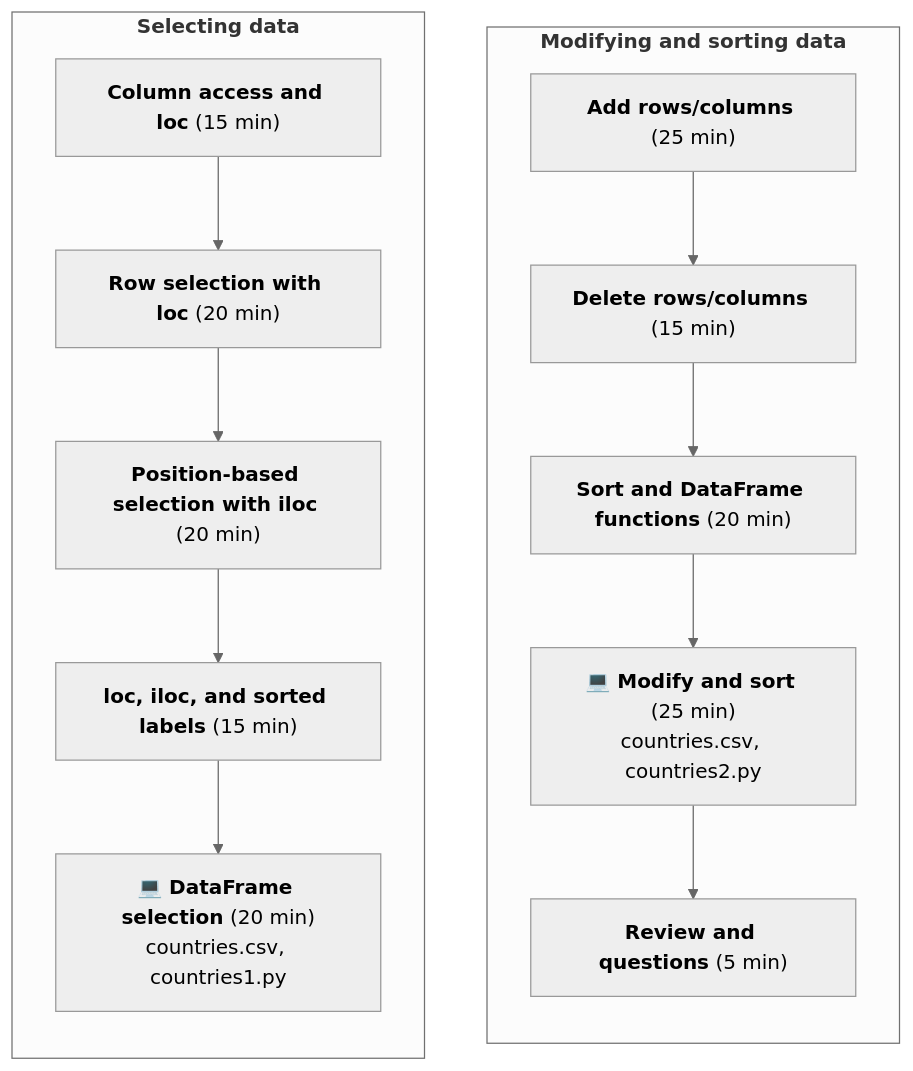
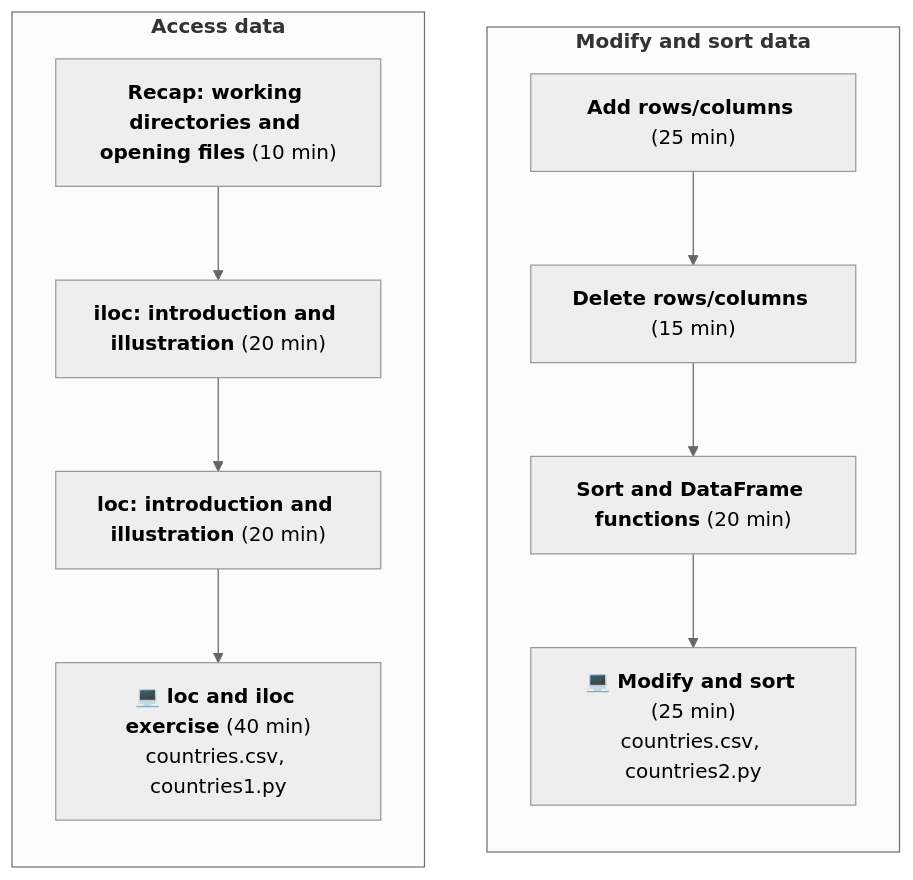
Before and after one commit to fs-ise/introduction-to-programming: the diagram in notes/session_05.qmd, drawn with Mermaid (neutral theme). The commit also changed other lines of this file and 3 other files, not shown here.

````diff
--- a/notes/session_05.qmd
+++ b/notes/session_05.qmd
@@ -7,28 +12,26 @@
 ```{mermaid}
 %%| fig-width: 5
 
 flowchart
 
-  subgraph RIGHT["<b>Modifying and sorting data</b>"]
+  subgraph RIGHT["<b>Modify and sort data</b>"]
     direction TB
     B1["<b>Add rows/columns</b> (25 min)"]
     B2["<b>Delete rows/columns</b> (15 min)"]
     B3["<b>Sort and DataFrame functions</b> (20 min)"]
     B4["<b>💻 Modify and sort</b> (25 min)<br/>countries.csv, countries2.py"]
-    B5["<b>Review and questions</b> (5 min)"]
 
-    B1 --> B2 --> B3 --> B4 --> B5
+    B1 --> B2 --> B3 --> B4
   end
 
-  subgraph LEFT["<b>Selecting data</b>"]
+  subgraph LEFT["<b>Access data</b>"]
     direction TB
-    A1["<b>Column access and loc</b> (15 min)"]
-    A2["<b>Row selection with loc</b> (20 min)"]
-    A3["<b>Position-based selection with iloc</b> (20 min)"]
-    A4["<b>loc, iloc, and sorted labels</b> (15 min)"]
-    A5["<b>💻 DataFrame selection</b> (20 min)<br/>countries.csv, countries1.py"]
+    A1["<b>Recap: working directories and opening files</b> (10 min)"]
+    A2["<b>iloc: introduction and illustration</b> (20 min)"]
+    A3["<b>loc: introduction and illustration</b> (20 min)"]
+    A4["<b>💻 loc and iloc exercise</b> (40 min)<br/>countries.csv, countries1.py"]
 
-    A1 --> A2 --> A3 --> A4 --> A5
+    A1 --> A2 --> A3 --> A4
   end
 
 ```
````
